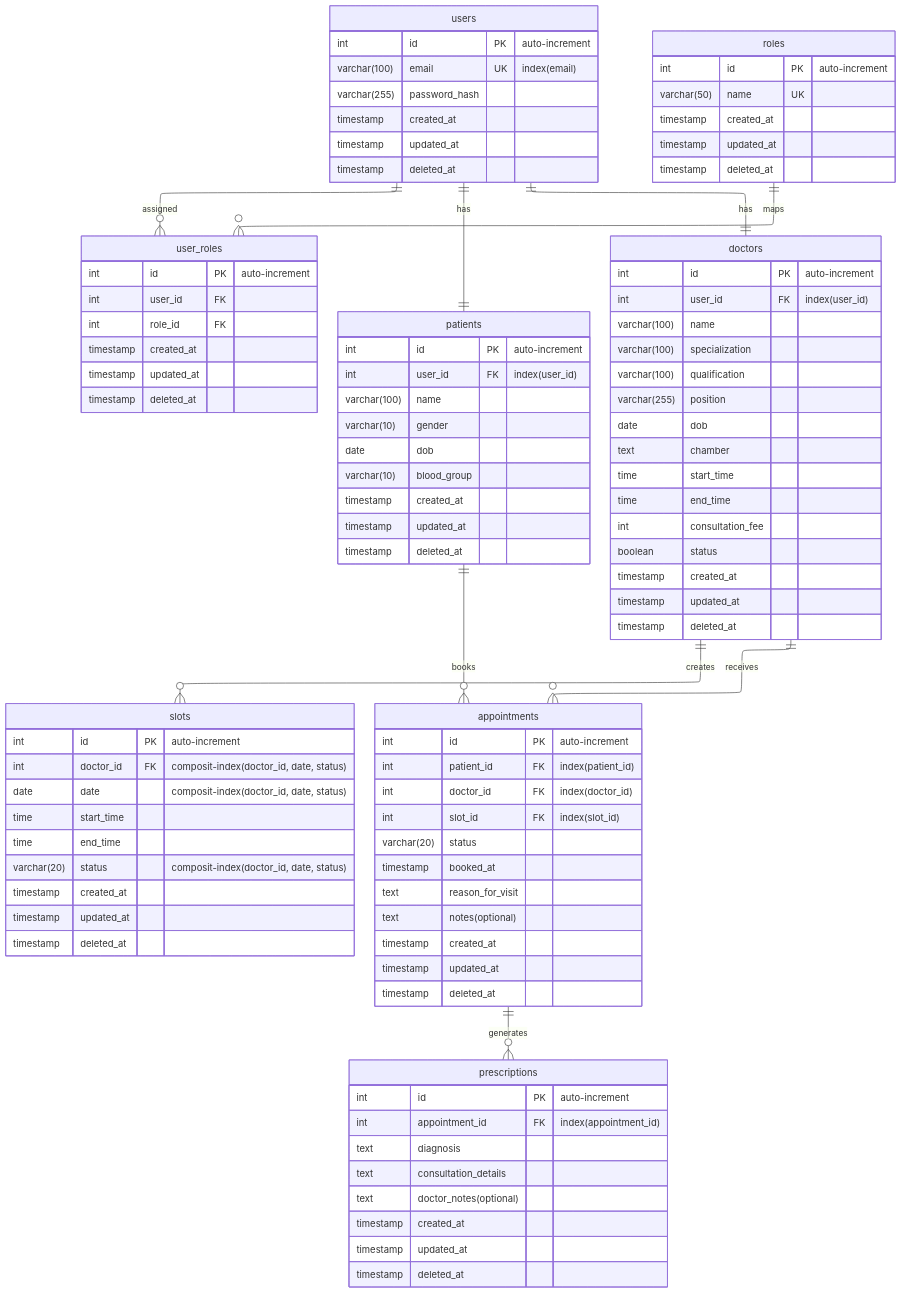
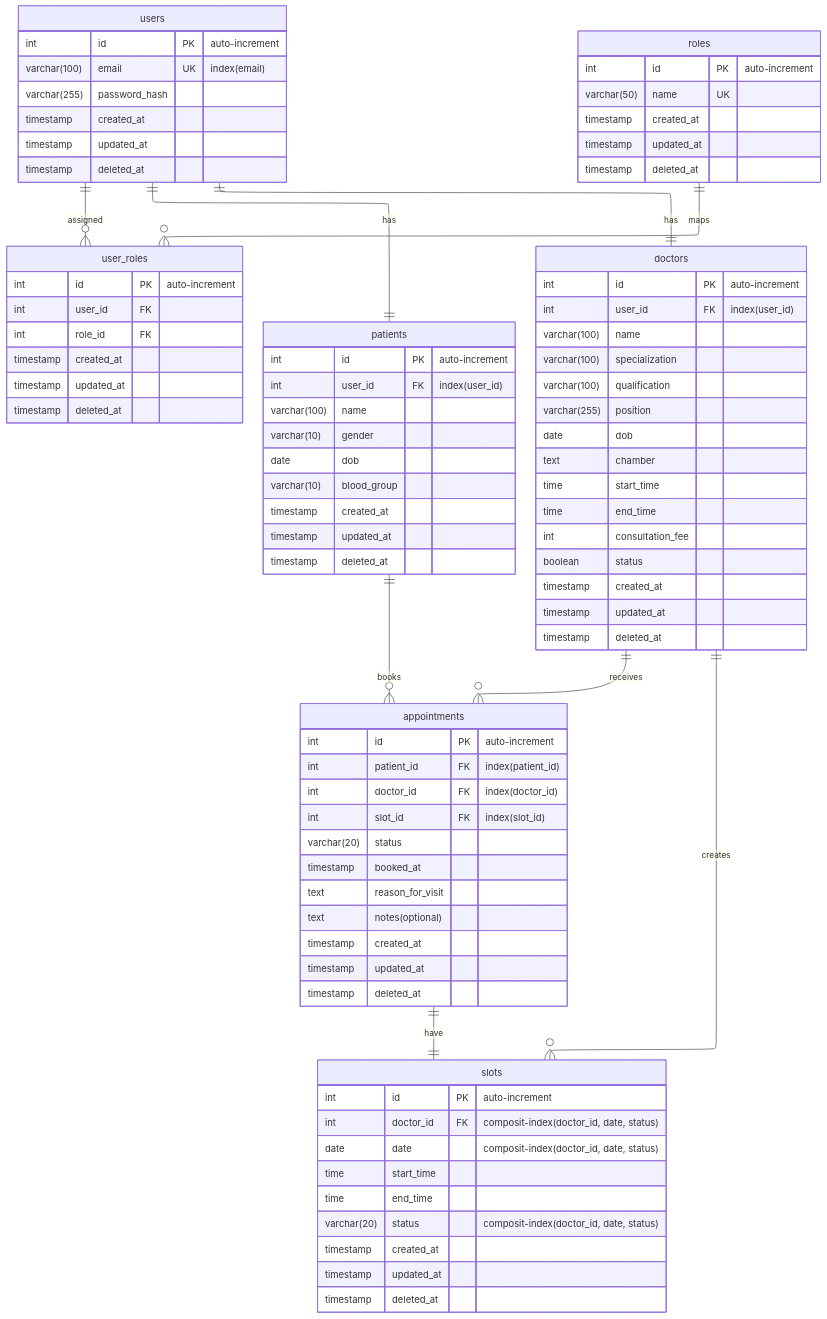
The diagram in docs/schema_design.md (akshu-mishra/medilink), drawn with Mermaid before and after one commit. The commit also changed 18 other files, not shown here.

````diff
--- a/docs/schema_design.md
+++ b/docs/schema_design.md
@@ -89,16 +89,7 @@
 %% INDEX: patient_id (patient appointment history)
 %% INDEX: doctor_id (doctor appointment list)
 %% INDEX: slot_id (prevent double-booking)
-	prescriptions {
-		int id PK "auto-increment"  
-		int appointment_id FK "index(appointment_id)"    
-		text diagnosis  ""  
-		text consultation_details  ""  
-		text doctor_notes(optional)  ""  
-		timestamp created_at  ""  
-		timestamp updated_at  ""  
-		timestamp deleted_at  ""  
-    }
+	
 %% INDEX: appointment_id (fetch prescription fast)
 	users||--o{user_roles:"assigned"
 	roles||--o{user_roles:"maps"
@@ -107,5 +98,5 @@
 	doctors||--o{slots:"creates"
 	doctors||--o{appointments:"receives"
 	patients||--o{appointments:"books"
-	appointments||--o{prescriptions:"generates"
+	appointments||--||slots:"have"
 ```
````
